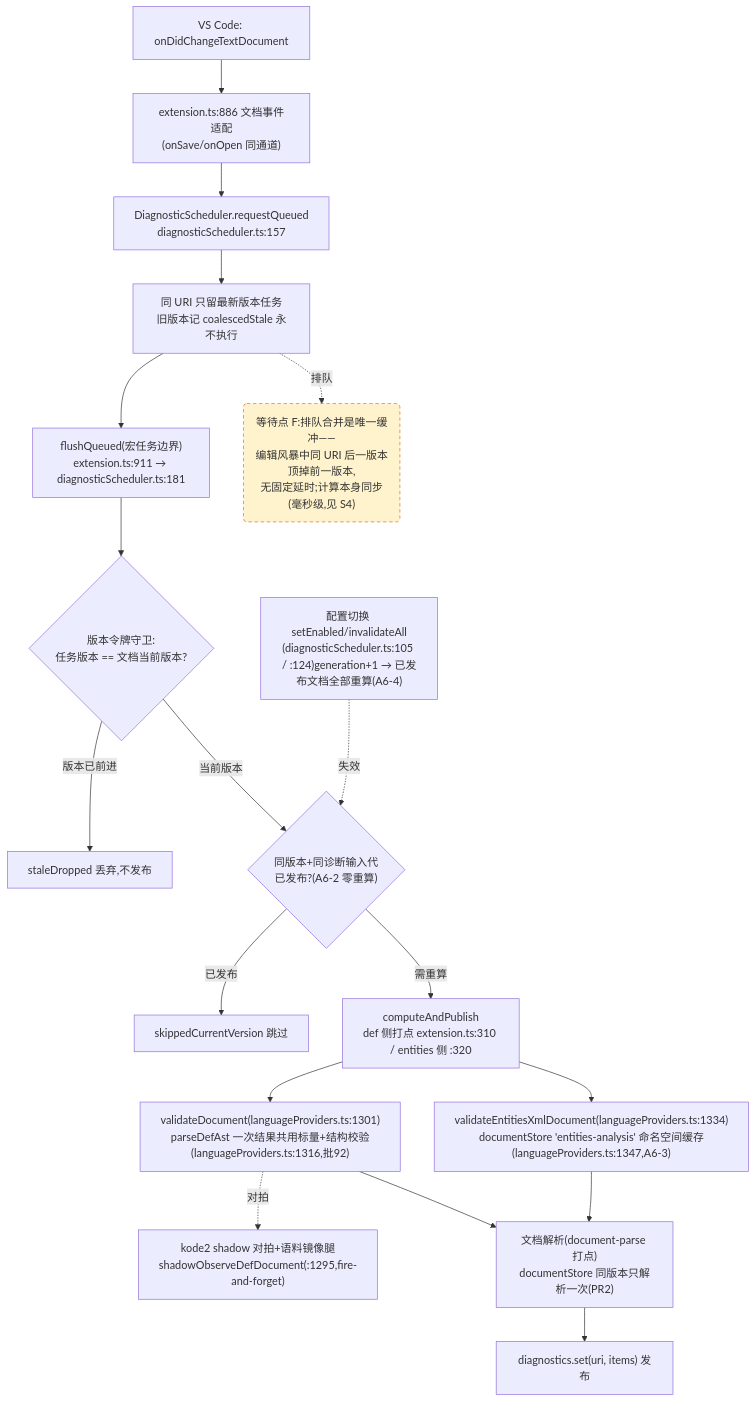
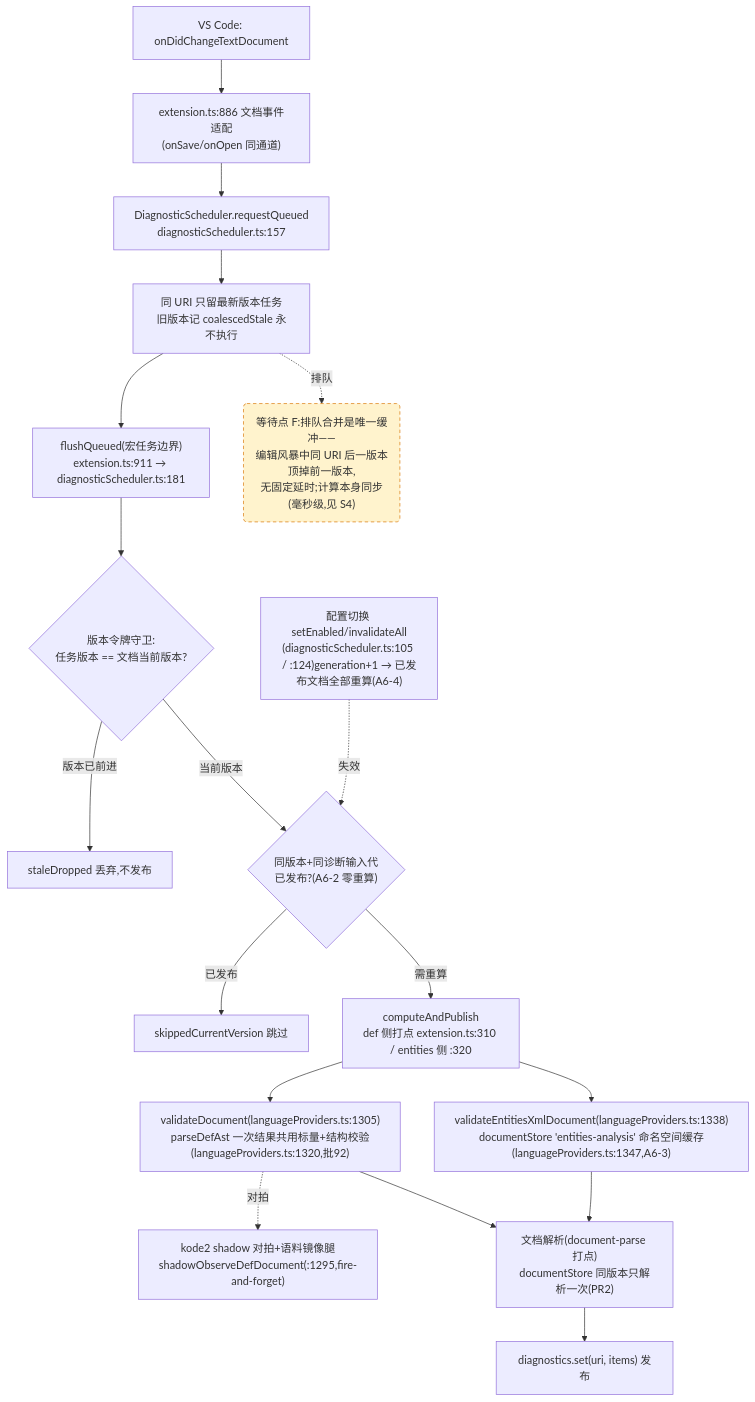
Before and after one commit to cuihairu/kode: the fourth of 4 diagrams in docs/perf/2026-baseline.md, drawn with Mermaid. The commit also changed other lines of this file and 4 other files, not shown here.

````diff
--- a/docs/perf/2026-baseline.md
+++ b/docs/perf/2026-baseline.md
@@ -214,38 +214,38 @@
 ```mermaid
 flowchart TD
   CHG["VS Code: onDidChangeTextDocument"]
   WATCH["extension.ts:886 文档事件适配<br/>(onSave/onOpen 同通道)"]
   RQ["DiagnosticScheduler.requestQueued<br/>diagnosticScheduler.ts:157"]
   CO["同 URI 只留最新版本任务<br/>旧版本记 coalescedStale 永不执行"]
   FL["flushQueued(宏任务边界)<br/>extension.ts:911 → diagnosticScheduler.ts:181"]
   VG{"版本令牌守卫:<br/>任务版本 == 文档当前版本?"}
   DROP["staleDropped 丢弃,不发布"]
   GEN{"同版本+同诊断输入代<br/>已发布?(A6-2 零重算)"}
   SKIP["skippedCurrentVersion 跳过"]
   CALC["computeAndPublish<br/>def 侧打点 extension.ts:310 / entities 侧 :320"]
-  VD["validateDocument(languageProviders.ts:1301)<br/>parseDefAst 一次结果共用标量+结构校验(languageProviders.ts:1316,批92)"]
-  VEX["validateEntitiesXmlDocument(languageProviders.ts:1334)<br/>documentStore 'entities-analysis' 命名空间缓存(languageProviders.ts:1347,A6-3)"]
+  VD["validateDocument(languageProviders.ts:1305)<br/>parseDefAst 一次结果共用标量+结构校验(languageProviders.ts:1320,批92)"]
+  VEX["validateEntitiesXmlDocument(languageProviders.ts:1338)<br/>documentStore 'entities-analysis' 命名空间缓存(languageProviders.ts:1347,A6-3)"]
   SHDD["kode2 shadow 对拍+语料镜像腿<br/>shadowObserveDefDocument(:1295,fire-and-forget)"]
   DS["文档解析(document-parse 打点)<br/>documentStore 同版本只解析一次(PR2)"]
   PUB["diagnostics.set(uri, items) 发布"]
   CFG2["配置切换 setEnabled/invalidateAll<br/>(diagnosticScheduler.ts:105 / :124)generation+1 → 已发布文档全部重算(A6-4)"]
 
   CHG --> WATCH --> RQ --> CO --> FL --> VG
   VG -- "版本已前进" --> DROP
   VG -- "当前版本" --> GEN
   GEN -- "已发布" --> SKIP
   GEN -- "需重算" --> CALC
   CALC --> VD
   CALC --> VEX
   VD --> DS
   VEX --> DS
   DS --> PUB
   VD -.->|对拍| SHDD
   CFG2 -.->|失效| GEN
 
   WAITF("等待点 F:排队合并是唯一缓冲——<br/>编辑风暴中同 URI 后一版本顶掉前一版本,<br/>无固定延时;计算本身同步(毫秒级,见 S4)")
   CO -.->|排队| WAITF
 
   classDef waitPoint fill:#fff3cd,stroke:#d97706,stroke-dasharray:5 4;
   class WAITF waitPoint;
 ```
````
